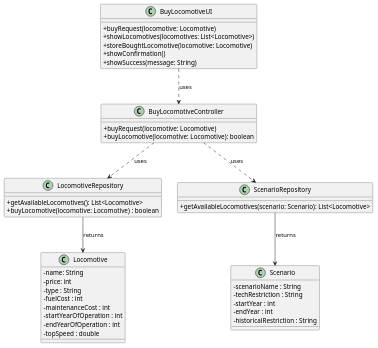
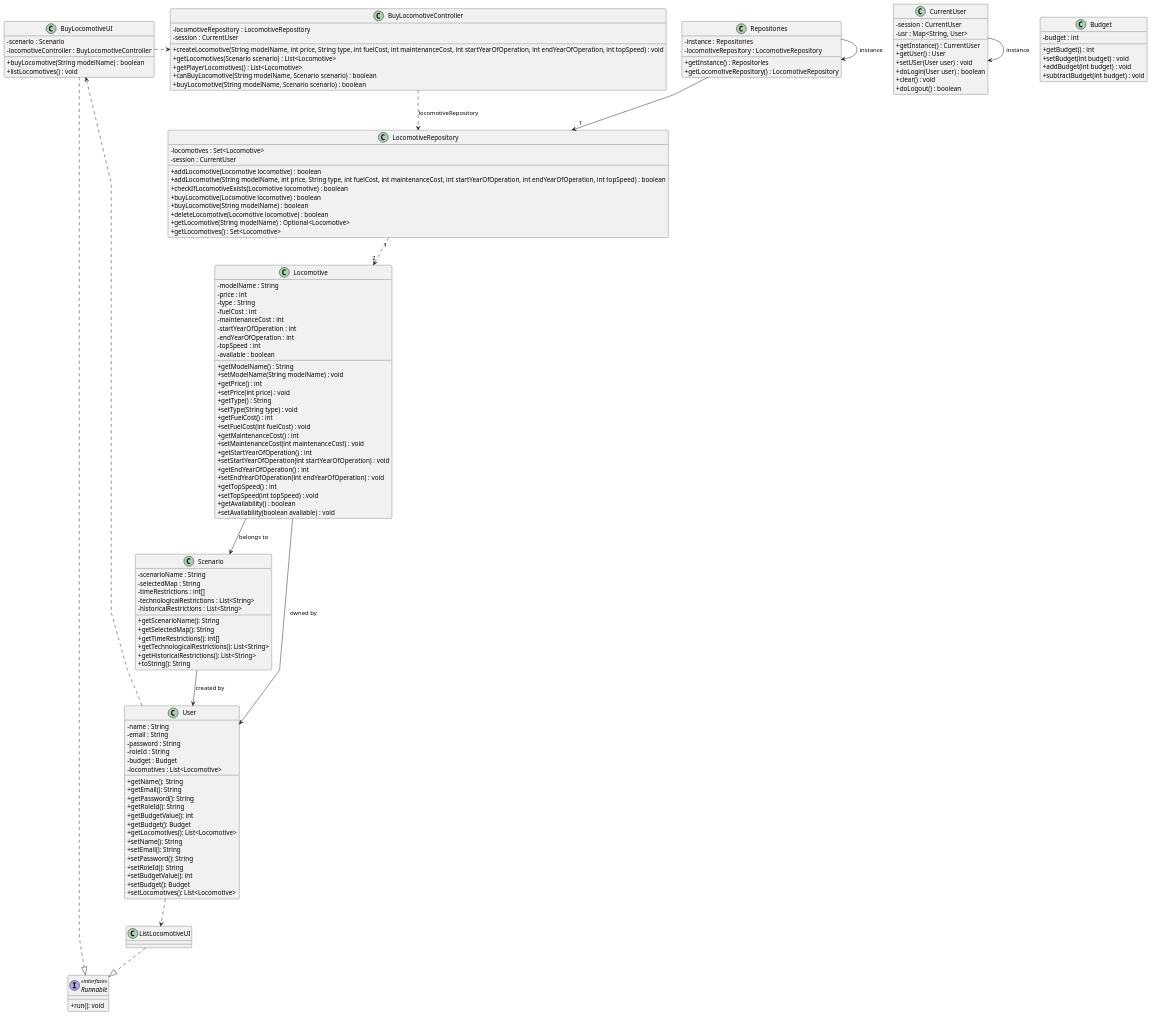
Before and after one commit to goncalolopesp/sem2-pi-24.25-g093-repo: the diagram in docs/system-documentation/US009/03.design/puml/US009-CD.puml, drawn with PlantUML. The commit also changed 2 other files, not shown here.

Commit message:
US009 - Updated the "Class Diagram"

```diff
--- a/docs/system-documentation/US009/03.design/puml/US009-CD.puml
+++ b/docs/system-documentation/US009/03.design/puml/US009-CD.puml
@@ -1,55 +1,168 @@
 @startuml US009-CD
 skinparam packageStyle rectangle
 skinparam shadowing false
 skinparam linetype polyline
 skinparam classAttributeIconSize 0
 
-class BuyLocomotiveUI {
-  + buyRequest(locomotive: Locomotive)
-  + showLocomotives(locomotives: List<Locomotive>)
-  + storeBoughtLocomotive(locomotive: Locomotive)
-  + showConfirmation()
-  + showSuccess(message: String)
+'Domains
+
+class CurrentUser{
+    - session : CurrentUser
+    - usr : Map<String, User>
+    + getInstance() : CurrentUser
+    + getUser() : User
+    + setUSer(User user) : void
+    + doLogin(User user) : boolean
+    + clear() : void
+    + doLogout() : boolean
 }
 
-class BuyLocomotiveController {
-  + buyRequest(locomotive: Locomotive)
-  + buyLocomotive(locomotive: Locomotive): boolean
+class Budget{
+    - budget : int
+    + getBudget() : int
+    + setBudget(int budget) : void
+    + addBudget(int budget) : void
+    + subtractBudget(int budget) : void
 }
 
-class LocomotiveRepository {
-  + getAvailableLocomotives(): List<Locomotive>
-  + buyLocomotive(locomotive: Locomotive) : boolean
-}
-
-class ScenarioRepository {
-  + getAvailableLocomotives(scenario: Scenario): List<Locomotive>
-}
-
-class Locomotive {
-  - name: String
-  - price: int
-  - type : String
-  - fuelCost : int
-  - maintenanceCost : int
-  - startYearOfOperation : int
-  - endYearOfOperation : int
-  - topSpeed : double
+class Locomotive{
+    - modelName : String
+    - price : int
+    - type : String
+    - fuelCost : int
+    - maintenanceCost : int
+    - startYearOfOperation : int
+    - endYearOfOperation : int
+    - topSpeed : int
+    - available : boolean
+    + getModelName() : String
+    + setModelName(String modelName) : void
+    + getPrice() : int
+    + setPrice(int price) : void
+    + getType() : String
+    + setType(String type) : void
+    + getFuelCost() : int
+    + setFuelCost(int fuelCost) : void
+    + getMaintenanceCost() : int
+    + setMaintenanceCost(int maintenanceCost) : void
+    + getStartYearOfOperation() : int
+    + setStartYearOfOperation(int startYearOfOperation) : void
+    + getEndYearOfOperation() : int
+    + setEndYearOfOperation(int endYearOfOperation) : void
+    + getTopSpeed() : int
+    + setTopSpeed(int topSpeed) : void
+    + getAvailability() : boolean
+    + setAvailability(boolean available) : void
 }
 
 class Scenario {
-  - scenarioName : String
-  - techRestriction : String
-  - startYear : int
-  - endYear : int
-  - historicalRestriction : String
+    - scenarioName : String
+    - selectedMap : String
+    - timeRestrictions : int[]
+    - technologicalRestrictions : List<String>
+    - historicalRestrictions : List<String>
+    + getScenarioName(): String
+    + getSelectedMap(): String
+    + getTimeRestrictions(): int[]
+    + getTechnologicalRestrictions(): List<String>
+    + getHistoricalRestrictions(): List<String>
+    + toString(): String
 }
 
-BuyLocomotiveUI ..> BuyLocomotiveController     : uses
-BuyLocomotiveController ..> LocomotiveRepository   : uses
-BuyLocomotiveController ..> ScenarioRepository    : uses
+class User {
+    - name : String
+    - email : String
+    - password : String
+    - roleId : String
+    - budget : Budget
+    - locomotives : List<Locomotive>
+    + getName(): String
+    + getEmail(): String
+    + getPassword(): String
+    + getRoleId(): String
+    + getBudgetValue(): int
+    + getBudget(): Budget
+    + getLocomotives(): List<Locomotive>
+    + setName(): String
+    + setEmail(): String
+    + setPassword(): String
+    + setRoleId(): String
+    + setBudgetValue(): int
+    + setBudget(): Budget
+    + setLocomotives(): List<Locomotive>
+}
 
-LocomotiveRepository --> Locomotive    : returns
-ScenarioRepository  --> Scenario     : returns
+'UI
+
+class BuyLocomotiveUI{
+    - scenario : Scenario
+    - locomotiveController : BuyLocomotiveController
+    + buyLocomotive(String modelName) : boolean
+    + listLocomotives() : void
+}
+
+class ListLocomotiveUI {
+
+}
+
+'interface
+interface Runnable <<interface>>{
+    +run(): void
+}
+
+'Controllers
+class BuyLocomotiveController{
+    - locomotiveRepository : LocomotiveRepository
+    - session : CurrentUser
+    + createLocomotive(String modelName, int price, String type, int fuelCost, int maintenanceCost, int startYearOfOperation, int endYearOfOperation, int topSpeed) : void
+    + getLocomotives(Scenario scenario) : List<Locomotive>
+    + getPlayerLocomotives() : List<Locomotive>
+    + canBuyLocomotive(String modelName, Scenario scenario) : boolean
+    + buyLocomotive(String modelName, Scenario scenario) : boolean
+}
+
+'Repositories
+class Repositories {
+    - instance : Repositories
+    - locomotiveRepository : LocomotiveRepository
+    + getInstance() : Repositories
+    + getLocomotiveRepository() : LocomotiveRepository
+}
+
+class LocomotiveRepository{
+    - locomotives : Set<Locomotive>
+    - session : CurrentUser
+    + addLocomotive(Locomotive locomotive) : boolean
+    + addLocomotive(String modelName, int price, String type, int fuelCost, int maintenanceCost, int startYearOfOperation, int endYearOfOperation, int topSpeed) : boolean
+    + checkIfLocomotiveExists(Locomotive locomotive) : boolean
+    + buyLocomotive(Locomotive locomotive) : boolean
+    + buyLocomotive(String modelName) : boolean
+    + deleteLocomotive(Locomotive locomotive) : boolean
+    + getLocomotive(String modelName) : Optional<Locomotive>
+    + getLocomotives() : Set<Locomotive>
+}
+
+'Connections
+
+User ..> ListLocomotiveUI
+User ..> BuyLocomotiveUI
+
+ListLocomotiveUI ..|> Runnable
+BuyLocomotiveUI ..|> Runnable
+
+BuyLocomotiveUI .> BuyLocomotiveController
+
+BuyLocomotiveController ..> LocomotiveRepository : locomotiveRepository
+
+Repositories -> Repositories : instance
+Repositories --> "1" LocomotiveRepository
+
+CurrentUser -> CurrentUser : instance
+
+LocomotiveRepository "1" ..> "2" Locomotive
+
+Locomotive --> User : owned by
+Scenario --> User : created by
+Locomotive --> Scenario : belongs to
 
 @enduml
```
